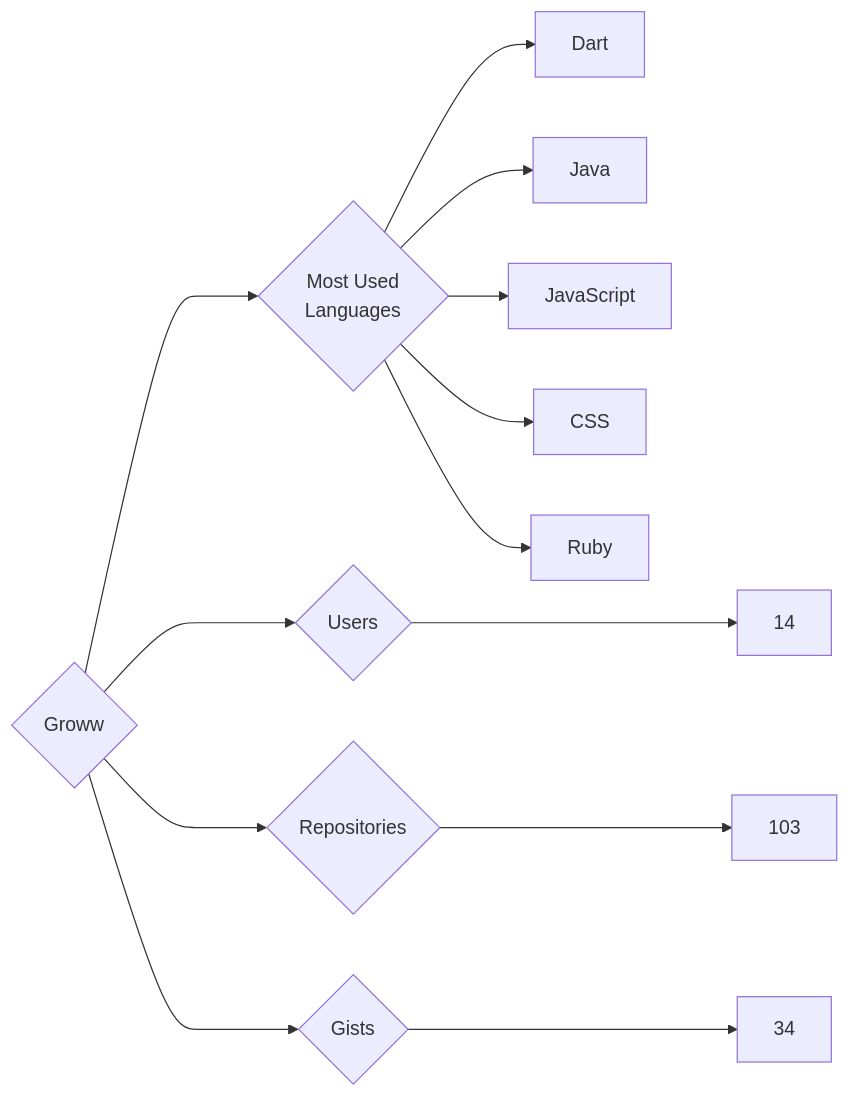
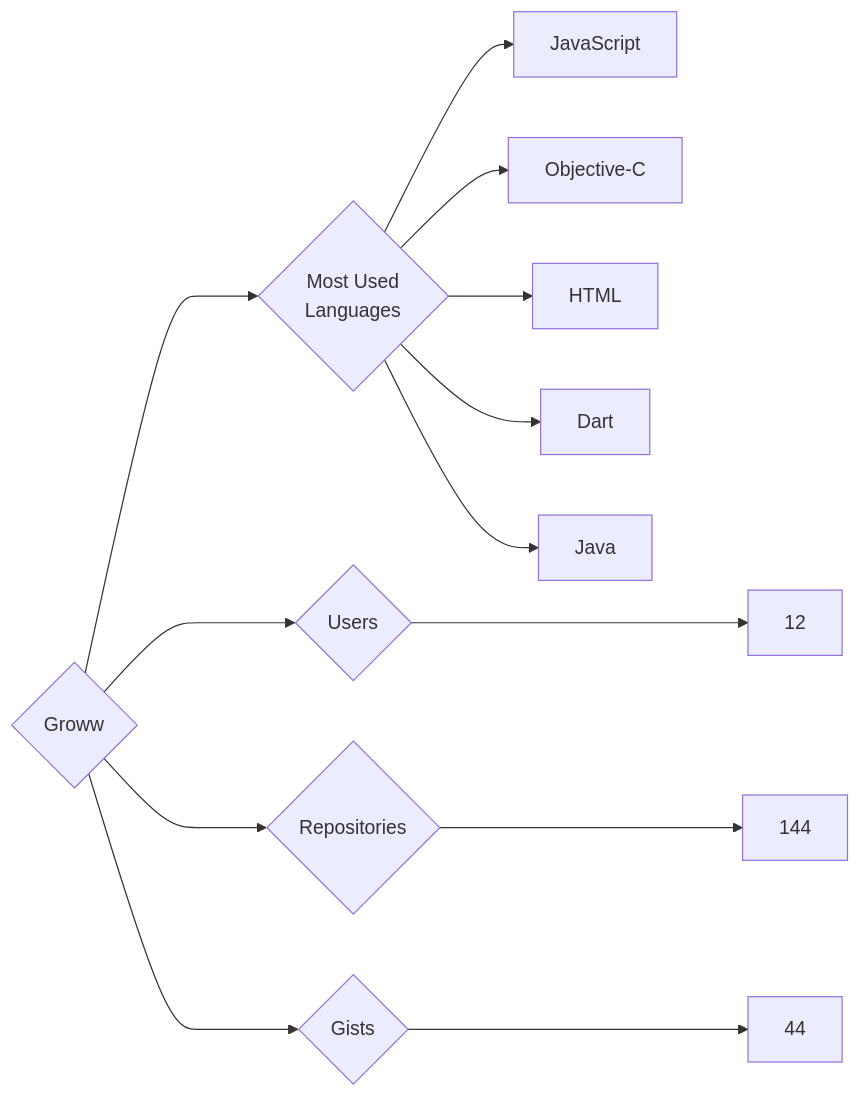
Before and after one commit to trickest/insiders: the diagram in targets/Groww/README.md, drawn with Mermaid. The commit also changed 1123 other files, not shown here.

````diff
--- a/targets/Groww/README.md
+++ b/targets/Groww/README.md
@@ -3,13 +3,13 @@
 ```mermaid
 graph LR
 COMPANY_NAME{Groww}
-COMPANY_NAME ---> U{Users} ---> UN[14]
-COMPANY_NAME ---> R{Repositories} ---> RN[103]
-COMPANY_NAME ---> G{Gists} ---> GN[34]
+COMPANY_NAME ---> U{Users} ---> UN[12]
+COMPANY_NAME ---> R{Repositories} ---> RN[144]
+COMPANY_NAME ---> G{Gists} ---> GN[44]
 COMPANY_NAME ---> ML{Most Used<br>Languages}
+ML --> JavaScript[JavaScript]
+ML --> Objective-C[Objective-C]
+ML --> HTML[HTML]
 ML --> Dart[Dart]
 ML --> Java[Java]
-ML --> JavaScript[JavaScript]
-ML --> CSS[CSS]
-ML --> Ruby[Ruby]
 ```
````
